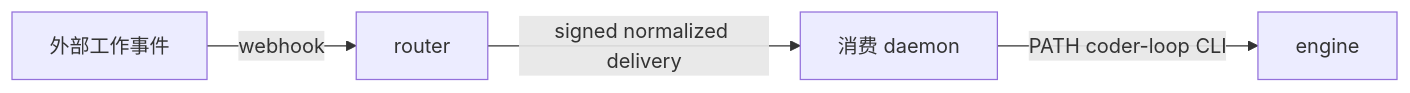
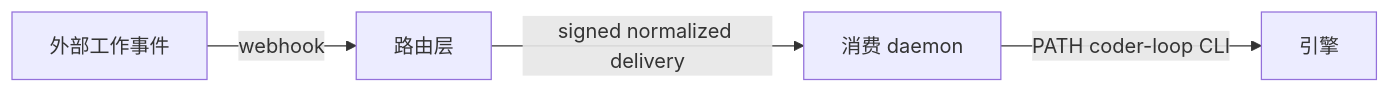
One commit to mouriya-s-lab/coder-loop changed the fifth of 7 diagrams in v3-issue/A.md. Above: the diagram before and after it, drawn with Mermaid. The commit also changed other lines of this file and 2 other files, not shown here.

````diff
--- a/v3-issue/A.md
+++ b/v3-issue/A.md
@@ -1300,6 +745,7 @@
 ```mermaid
 flowchart LR
-    External[外部工作事件] -->|webhook| Router[router]
+    External[外部工作事件] -->|webhook| Router[路由层]
     Router -->|signed normalized delivery| Consumer[消费 daemon]
-    Consumer -->|PATH coder-loop CLI| Engine[engine]
+    Consumer -->|PATH coder-loop CLI| Engine[引擎]
+
 ```
````
